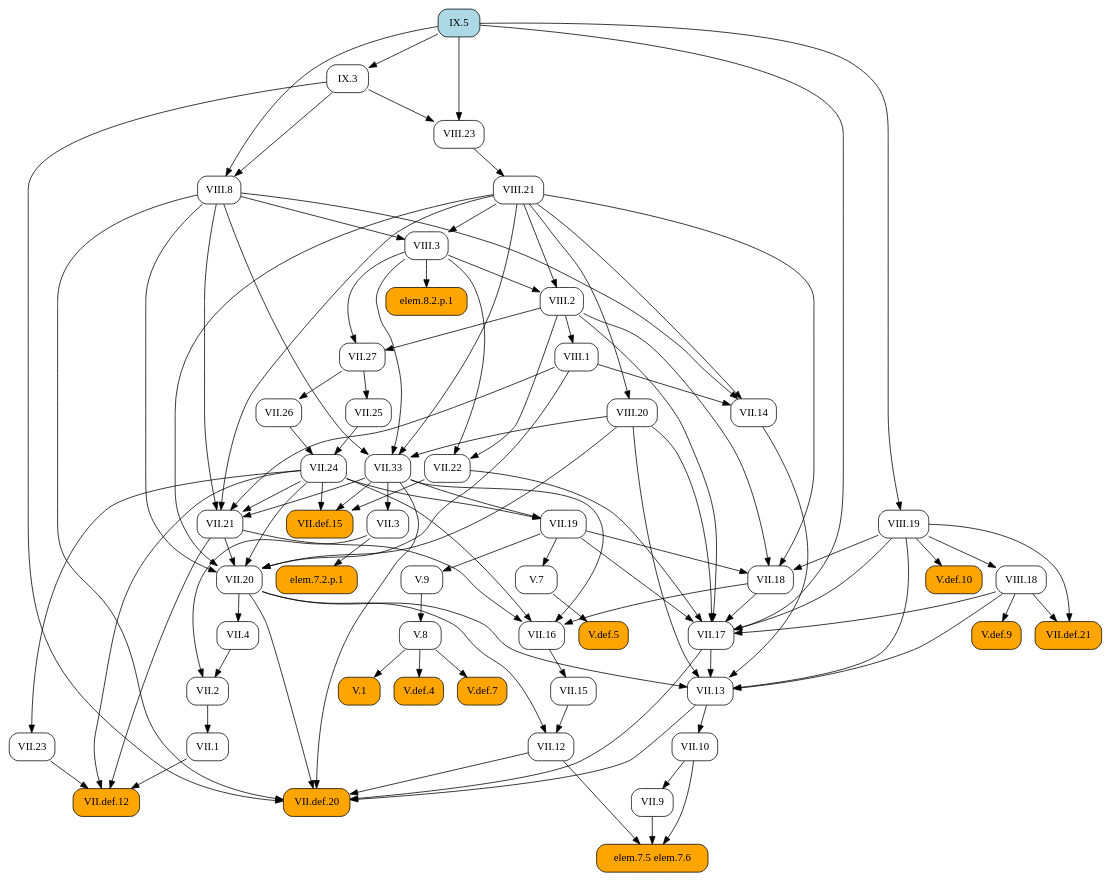
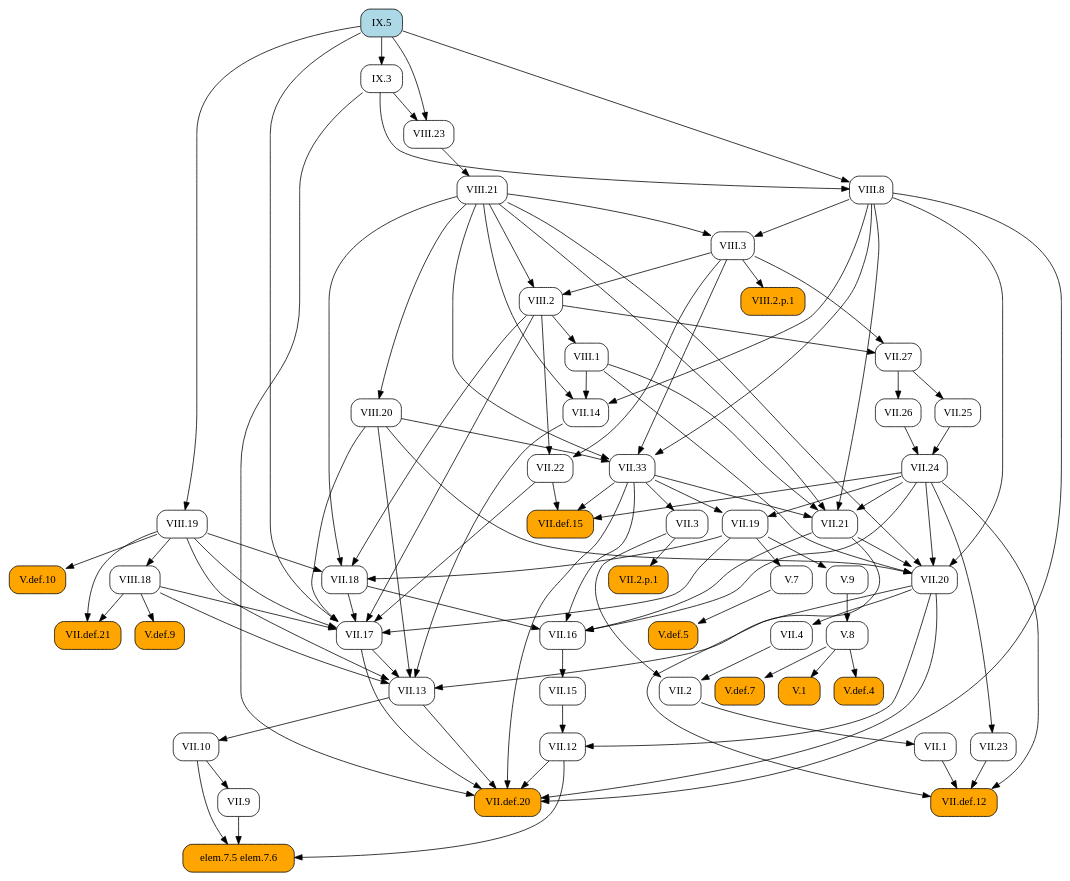
Before and after one commit to geometor/elements: the diagram in docsrc/heath/IX/5/index.rst, drawn with Graphviz. The commit also changed 484 other files, not shown here.

```diff
--- a/docsrc/heath/IX/5/index.rst
+++ b/docsrc/heath/IX/5/index.rst
@@ -38,62 +38,99 @@
    digraph {
      rankdir="TB";
      node [shape=box, style=rounded];
-     "VII.1" [URL="/heath/VII/1/", target="_top"];
-     "V.def.10" [style="rounded,filled", fillcolor=orange, URL="/heath/V/def.10/", target="_top"];
+     "VII.33" [URL="/heath/VII/33/", target="_top"];
+     "VII.12" [URL="/heath/VII/12/", target="_top"];
+     "elem.7.5 elem.7.6" [style="rounded,filled", fillcolor=orange];
+     "VIII.20" [URL="/heath/VIII/20/", target="_top"];
      "VII.9" [URL="/heath/VII/9/", target="_top"];
+     "VIII.2" [URL="/heath/VIII/2/", target="_top"];
+     "VII.18" [URL="/heath/VII/18/", target="_top"];
+     "VII.16" [URL="/heath/VII/16/", target="_top"];
+     "V.7" [URL="/heath/V/7/", target="_top"];
+     "VII.26" [URL="/heath/VII/26/", target="_top"];
      "V.def.5" [style="rounded,filled", fillcolor=orange, URL="/heath/V/def.5/", target="_top"];
+     "V.9" [URL="/heath/V/9/", target="_top"];
+     "VIII.8" [URL="/heath/VIII/8/", target="_top"];
+     "VII.10" [URL="/heath/VII/10/", target="_top"];
+     "VIII.3" [URL="/heath/VIII/3/", target="_top"];
+     "VII.13" [URL="/heath/VII/13/", target="_top"];
+     "VIII.18" [URL="/heath/VIII/18/", target="_top"];
      "VIII.23" [URL="/heath/VIII/23/", target="_top"];
+     "VII.def.15" [style="rounded,filled", fillcolor=orange, URL="/heath/VII/def.15/", target="_top"];
+     "VIII.19" [URL="/heath/VIII/19/", target="_top"];
      "VII.17" [URL="/heath/VII/17/", target="_top"];
-     "VII.3" [URL="/heath/VII/3/", target="_top"];
-     "elem.7.5 elem.7.6" [style="rounded,filled", fillcolor=orange];
-     "VII.def.21" [style="rounded,filled", fillcolor=orange, URL="/heath/VII/def.21/", target="_top"];
-     "IX.3" [URL="/heath/IX/3/", target="_top"];
+     "VII.19" [URL="/heath/VII/19/", target="_top"];
+     "VIII.2.p.1" [style="rounded,filled", fillcolor=orange];
+     "VII.2" [URL="/heath/VII/2/", target="_top"];
+     "VII.def.20" [style="rounded,filled", fillcolor=orange, URL="/heath/VII/def.20/", target="_top"];
+     "VII.2.p.1" [style="rounded,filled", fillcolor=orange];
+     "VII.15" [URL="/heath/VII/15/", target="_top"];
+     "V.def.4" [style="rounded,filled", fillcolor=orange, URL="/heath/V/def.4/", target="_top"];
+     "V.def.7" [style="rounded,filled", fillcolor=orange, URL="/heath/V/def.7/", target="_top"];
      "VIII.21" [URL="/heath/VIII/21/", target="_top"];
-     "VIII.19" [URL="/heath/VIII/19/", target="_top"];
-     "V.7" [URL="/heath/V/7/", target="_top"];
-     "V.9" [URL="/heath/V/9/", target="_top"];
-     "VII.13" [URL="/heath/VII/13/", target="_top"];
-     "VII.2" [URL="/heath/VII/2/", target="_top"];
-     "VIII.1" [URL="/heath/VIII/1/", target="_top"];
-     "VIII.2" [URL="/heath/VIII/2/", target="_top"];
-     "VII.12" [URL="/heath/VII/12/", target="_top"];
-     "VII.24" [URL="/heath/VII/24/", target="_top"];
-     "VII.def.12" [style="rounded,filled", fillcolor=orange, URL="/heath/VII/def.12/", target="_top"];
-     "V.8" [URL="/heath/V/8/", target="_top"];
-     "VII.33" [URL="/heath/VII/33/", target="_top"];
-     "V.def.9" [style="rounded,filled", fillcolor=orange, URL="/heath/V/def.9/", target="_top"];
-     "elem.7.2.p.1" [style="rounded,filled", fillcolor=orange];
-     "VIII.18" [URL="/heath/VIII/18/", target="_top"];
-     "VII.10" [URL="/heath/VII/10/", target="_top"];
-     "IX.5" [style="rounded,filled", fillcolor=lightblue, URL="/heath/IX/5/", target="_top"];
-     "VII.def.15" [style="rounded,filled", fillcolor=orange, URL="/heath/VII/def.15/", target="_top"];
-     "VII.18" [URL="/heath/VII/18/", target="_top"];
-     "VII.19" [URL="/heath/VII/19/", target="_top"];
-     "VII.16" [URL="/heath/VII/16/", target="_top"];
-     "VII.26" [URL="/heath/VII/26/", target="_top"];
-     "VII.4" [URL="/heath/VII/4/", target="_top"];
-     "VII.25" [URL="/heath/VII/25/", target="_top"];
-     "VII.21" [URL="/heath/VII/21/", target="_top"];
-     "V.1" [style="rounded,filled", fillcolor=orange, URL="/heath/V/1/", target="_top"];
-     "VII.20" [URL="/heath/VII/20/", target="_top"];
-     "VIII.8" [URL="/heath/VIII/8/", target="_top"];
      "VII.14" [URL="/heath/VII/14/", target="_top"];
      "VII.27" [URL="/heath/VII/27/", target="_top"];
-     "VIII.3" [URL="/heath/VIII/3/", target="_top"];
-     "V.def.4" [style="rounded,filled", fillcolor=orange, URL="/heath/V/def.4/", target="_top"];
+     "VII.21" [URL="/heath/VII/21/", target="_top"];
+     "IX.5" [style="rounded,filled", fillcolor=lightblue, URL="/heath/IX/5/", target="_top"];
+     "V.def.10" [style="rounded,filled", fillcolor=orange, URL="/heath/V/def.10/", target="_top"];
      "VII.22" [URL="/heath/VII/22/", target="_top"];
-     "VIII.20" [URL="/heath/VIII/20/", target="_top"];
-     "V.def.7" [style="rounded,filled", fillcolor=orange, URL="/heath/V/def.7/", target="_top"];
+     "VIII.1" [URL="/heath/VIII/1/", target="_top"];
+     "VII.25" [URL="/heath/VII/25/", target="_top"];
+     "VII.1" [URL="/heath/VII/1/", target="_top"];
+     "V.8" [URL="/heath/V/8/", target="_top"];
      "VII.23" [URL="/heath/VII/23/", target="_top"];
-     "VII.15" [URL="/heath/VII/15/", target="_top"];
-     "VII.def.20" [style="rounded,filled", fillcolor=orange, URL="/heath/VII/def.20/", target="_top"];
-     "elem.8.2.p.1" [style="rounded,filled", fillcolor=orange];
-     "VII.2" -> "VII.1";
-     "VIII.19" -> "V.def.10";
+     "VII.4" [URL="/heath/VII/4/", target="_top"];
+     "VII.def.12" [style="rounded,filled", fillcolor=orange, URL="/heath/VII/def.12/", target="_top"];
+     "V.1" [style="rounded,filled", fillcolor=orange, URL="/heath/V/1/", target="_top"];
+     "V.def.9" [style="rounded,filled", fillcolor=orange, URL="/heath/V/def.9/", target="_top"];
+     "VII.3" [URL="/heath/VII/3/", target="_top"];
+     "VII.24" [URL="/heath/VII/24/", target="_top"];
+     "VII.20" [URL="/heath/VII/20/", target="_top"];
+     "IX.3" [URL="/heath/IX/3/", target="_top"];
+     "VII.def.21" [style="rounded,filled", fillcolor=orange, URL="/heath/VII/def.21/", target="_top"];
+     "VIII.3" -> "VII.33";
+     "VIII.8" -> "VII.33";
+     "VIII.20" -> "VII.33";
+     "VIII.21" -> "VII.33";
+     "VII.15" -> "VII.12";
+     "VII.20" -> "VII.12";
+     "VII.9" -> "elem.7.5 elem.7.6";
+     "VII.10" -> "elem.7.5 elem.7.6";
+     "VII.12" -> "elem.7.5 elem.7.6";
+     "VIII.21" -> "VIII.20";
      "VII.10" -> "VII.9";
+     "VIII.3" -> "VIII.2";
+     "VIII.21" -> "VIII.2";
+     "VII.19" -> "VII.18";
+     "VIII.2" -> "VII.18";
+     "VIII.19" -> "VII.18";
+     "VIII.21" -> "VII.18";
+     "VII.18" -> "VII.16";
+     "VII.21" -> "VII.16";
+     "VII.24" -> "VII.16";
+     "VII.33" -> "VII.16";
+     "VII.19" -> "V.7";
+     "VII.27" -> "VII.26";
      "V.7" -> "V.def.5";
+     "VII.19" -> "V.9";
+     "IX.3" -> "VIII.8";
+     "IX.5" -> "VIII.8";
+     "VII.13" -> "VII.10";
+     "VIII.8" -> "VIII.3";
+     "VIII.21" -> "VIII.3";
+     "VII.14" -> "VII.13";
+     "VII.17" -> "VII.13";
+     "VII.20" -> "VII.13";
+     "VIII.18" -> "VII.13";
+     "VIII.19" -> "VII.13";
+     "VIII.20" -> "VII.13";
+     "VIII.19" -> "VIII.18";
      "IX.3" -> "VIII.23";
      "IX.5" -> "VIII.23";
+     "VII.22" -> "VII.def.15";
+     "VII.24" -> "VII.def.15";
+     "VII.33" -> "VII.def.15";
+     "IX.5" -> "VIII.19";
      "VII.18" -> "VII.17";
      "VII.19" -> "VII.17";
      "VII.22" -> "VII.17";
@@ -102,89 +139,11 @@
      "VIII.19" -> "VII.17";
      "VIII.20" -> "VII.17";
      "IX.5" -> "VII.17";
-     "VII.33" -> "VII.3";
-     "VII.9" -> "elem.7.5 elem.7.6";
-     "VII.10" -> "elem.7.5 elem.7.6";
-     "VII.12" -> "elem.7.5 elem.7.6";
-     "VIII.18" -> "VII.def.21";
-     "VIII.19" -> "VII.def.21";
-     "IX.5" -> "IX.3";
-     "VIII.23" -> "VIII.21";
-     "IX.5" -> "VIII.19";
-     "VII.19" -> "V.7";
-     "VII.19" -> "V.9";
-     "VII.14" -> "VII.13";
-     "VII.17" -> "VII.13";
-     "VII.20" -> "VII.13";
-     "VIII.18" -> "VII.13";
-     "VIII.19" -> "VII.13";
-     "VIII.20" -> "VII.13";
+     "VII.24" -> "VII.19";
+     "VII.33" -> "VII.19";
+     "VIII.3" -> "VIII.2.p.1";
      "VII.3" -> "VII.2";
      "VII.4" -> "VII.2";
-     "VIII.2" -> "VIII.1";
-     "VIII.3" -> "VIII.2";
-     "VIII.21" -> "VIII.2";
-     "VII.15" -> "VII.12";
-     "VII.20" -> "VII.12";
-     "VII.25" -> "VII.24";
-     "VII.26" -> "VII.24";
-     "VII.1" -> "VII.def.12";
-     "VII.21" -> "VII.def.12";
-     "VII.23" -> "VII.def.12";
-     "VII.24" -> "VII.def.12";
-     "V.9" -> "V.8";
-     "VIII.3" -> "VII.33";
-     "VIII.8" -> "VII.33";
-     "VIII.20" -> "VII.33";
-     "VIII.21" -> "VII.33";
-     "VIII.18" -> "V.def.9";
-     "VII.3" -> "elem.7.2.p.1";
-     "VIII.19" -> "VIII.18";
-     "VII.13" -> "VII.10";
-     "VII.22" -> "VII.def.15";
-     "VII.24" -> "VII.def.15";
-     "VII.33" -> "VII.def.15";
-     "VII.19" -> "VII.18";
-     "VIII.2" -> "VII.18";
-     "VIII.19" -> "VII.18";
-     "VIII.21" -> "VII.18";
-     "VII.24" -> "VII.19";
-     "VII.33" -> "VII.19";
-     "VII.18" -> "VII.16";
-     "VII.21" -> "VII.16";
-     "VII.24" -> "VII.16";
-     "VII.33" -> "VII.16";
-     "VII.27" -> "VII.26";
-     "VII.20" -> "VII.4";
-     "VII.27" -> "VII.25";
-     "VII.24" -> "VII.21";
-     "VII.33" -> "VII.21";
-     "VIII.1" -> "VII.21";
-     "VIII.8" -> "VII.21";
-     "VIII.21" -> "VII.21";
-     "V.8" -> "V.1";
-     "VII.21" -> "VII.20";
-     "VII.24" -> "VII.20";
-     "VIII.1" -> "VII.20";
-     "VIII.8" -> "VII.20";
-     "VIII.20" -> "VII.20";
-     "VIII.21" -> "VII.20";
-     "IX.3" -> "VIII.8";
-     "IX.5" -> "VIII.8";
-     "VIII.1" -> "VII.14";
-     "VIII.8" -> "VII.14";
-     "VIII.21" -> "VII.14";
-     "VIII.2" -> "VII.27";
-     "VIII.3" -> "VII.27";
-     "VIII.8" -> "VIII.3";
-     "VIII.21" -> "VIII.3";
-     "V.8" -> "V.def.4";
-     "VIII.2" -> "VII.22";
-     "VIII.3" -> "VII.22";
-     "VIII.21" -> "VIII.20";
-     "V.8" -> "V.def.7";
-     "VII.24" -> "VII.23";
-     "VII.16" -> "VII.15";
      "VII.12" -> "VII.def.20";
      "VII.13" -> "VII.def.20";
      "VII.17" -> "VII.def.20";
@@ -192,5 +151,46 @@
      "VII.33" -> "VII.def.20";
      "VIII.8" -> "VII.def.20";
      "IX.3" -> "VII.def.20";
-     "VIII.3" -> "elem.8.2.p.1";
+     "VII.3" -> "VII.2.p.1";
+     "VII.16" -> "VII.15";
+     "V.8" -> "V.def.4";
+     "V.8" -> "V.def.7";
+     "VIII.23" -> "VIII.21";
+     "VIII.1" -> "VII.14";
+     "VIII.8" -> "VII.14";
+     "VIII.21" -> "VII.14";
+     "VIII.2" -> "VII.27";
+     "VIII.3" -> "VII.27";
+     "VII.24" -> "VII.21";
+     "VII.33" -> "VII.21";
+     "VIII.1" -> "VII.21";
+     "VIII.8" -> "VII.21";
+     "VIII.21" -> "VII.21";
+     "VIII.19" -> "V.def.10";
+     "VIII.2" -> "VII.22";
+     "VIII.3" -> "VII.22";
+     "VIII.2" -> "VIII.1";
+     "VII.27" -> "VII.25";
+     "VII.2" -> "VII.1";
+     "V.9" -> "V.8";
+     "VII.24" -> "VII.23";
+     "VII.20" -> "VII.4";
+     "VII.1" -> "VII.def.12";
+     "VII.21" -> "VII.def.12";
+     "VII.23" -> "VII.def.12";
+     "VII.24" -> "VII.def.12";
+     "V.8" -> "V.1";
+     "VIII.18" -> "V.def.9";
+     "VII.33" -> "VII.3";
+     "VII.25" -> "VII.24";
+     "VII.26" -> "VII.24";
+     "VII.21" -> "VII.20";
+     "VII.24" -> "VII.20";
+     "VIII.1" -> "VII.20";
+     "VIII.8" -> "VII.20";
+     "VIII.20" -> "VII.20";
+     "VIII.21" -> "VII.20";
+     "IX.5" -> "IX.3";
+     "VIII.18" -> "VII.def.21";
+     "VIII.19" -> "VII.def.21";
    }
```
